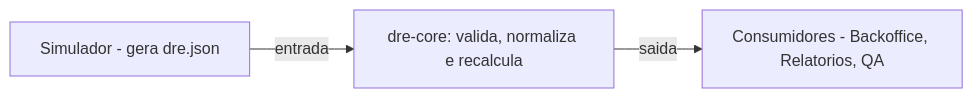
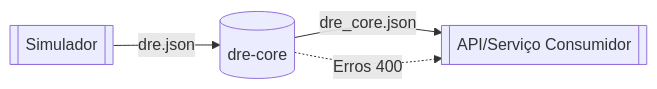
Before and after one commit to DyegoMaas/estrutura-treinamento-dev-acelerado-por-ia: the first of 5 diagrams in 01-dre/specs/2025-10-30-dre-core/design.md, drawn with Mermaid. The commit also changed other lines of this file and 6 other files, not shown here.

````diff
--- a/01-dre/specs/2025-10-30-dre-core/design.md
+++ b/01-dre/specs/2025-10-30-dre-core/design.md
@@ -7,5 +7,6 @@
 ```mermaid
 flowchart LR
-  S[Simulador - gera dre.json] -->|entrada| C[dre-core: valida, normaliza e recalcula]
-  C -->|saida| OUT[Consumidores - Backoffice, Relatorios, QA]
+  Simulador[[Simulador]] -->|dre.json| Core[(dre-core)]
+  Core -->|dre_core.json| Consumidor[[API/Serviço Consumidor]]
+  Core -.->|Erros 400| Consumidor
 ```
````
